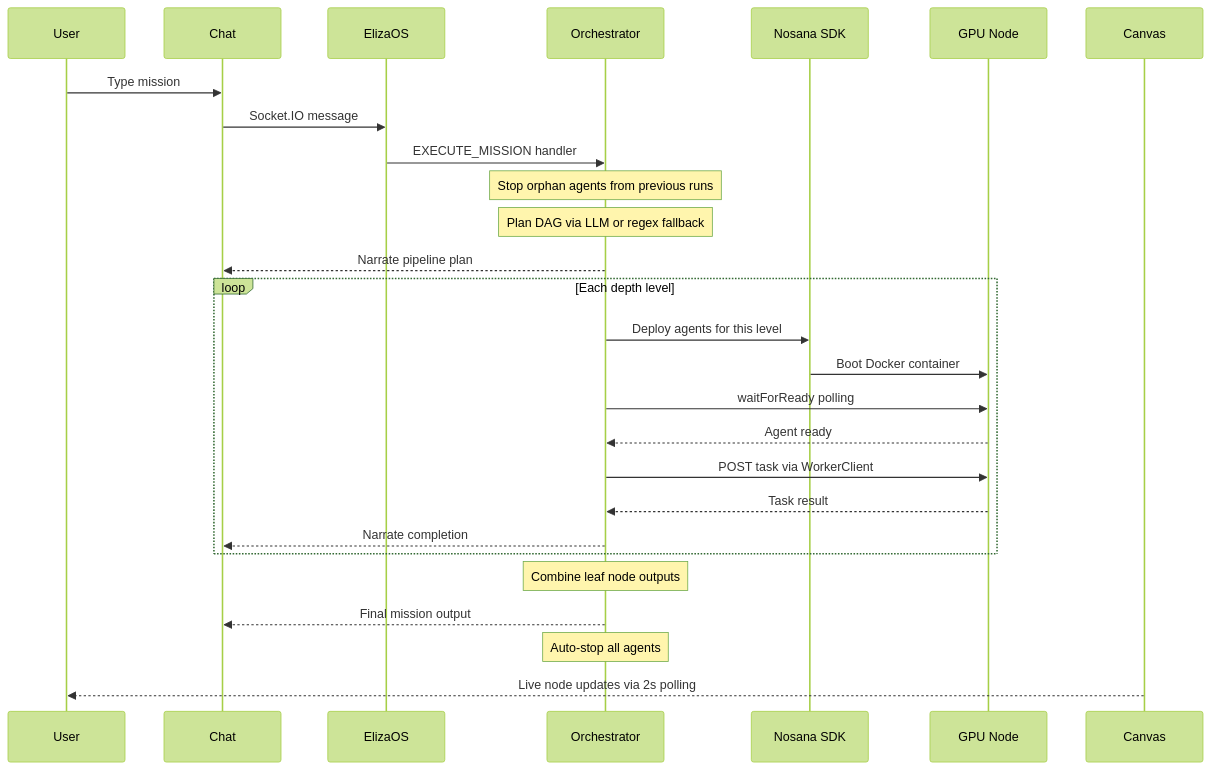
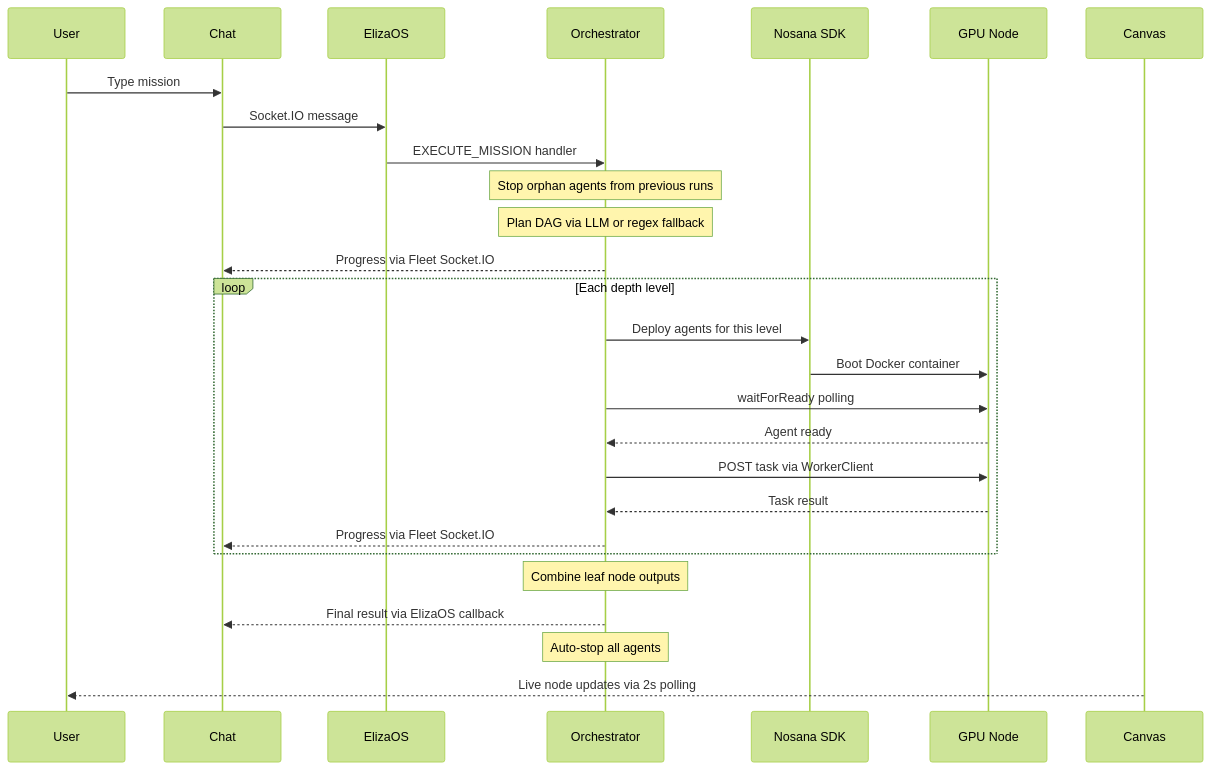
One commit to Andy00L/agent-challenge-4 changed the third of 5 diagrams in README.md. Above: the diagram before and after it, drawn with Mermaid (forest theme). The commit also changed other lines of this file and 6 other files, not shown here.

````diff
--- a/README.md
+++ b/README.md
@@ -115,30 +115,30 @@
 ```mermaid
 sequenceDiagram
     participant User
     participant Chat
     participant ElizaOS
     participant Orch as Orchestrator
     participant Nosana as Nosana SDK
     participant GPU as GPU Node
     participant Canvas
 
     User->>Chat: Type mission
     Chat->>ElizaOS: Socket.IO message
     ElizaOS->>Orch: EXECUTE_MISSION handler
     Note over Orch: Stop orphan agents from previous runs
     Note over Orch: Plan DAG via LLM or regex fallback
-    Orch-->>Chat: Narrate pipeline plan
+    Orch-->>Chat: Progress via Fleet Socket.IO
     loop Each depth level
         Orch->>Nosana: Deploy agents for this level
         Nosana->>GPU: Boot Docker container
         Orch->>GPU: waitForReady polling
         GPU-->>Orch: Agent ready
         Orch->>GPU: POST task via WorkerClient
         GPU-->>Orch: Task result
-        Orch-->>Chat: Narrate completion
+        Orch-->>Chat: Progress via Fleet Socket.IO
     end
     Note over Orch: Combine leaf node outputs
-    Orch-->>Chat: Final mission output
+    Orch-->>Chat: Final result via ElizaOS callback
     Note over Orch: Auto-stop all agents
     Canvas-->>User: Live node updates via 2s polling
 ```
````
